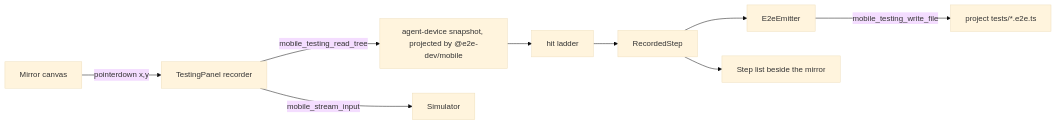
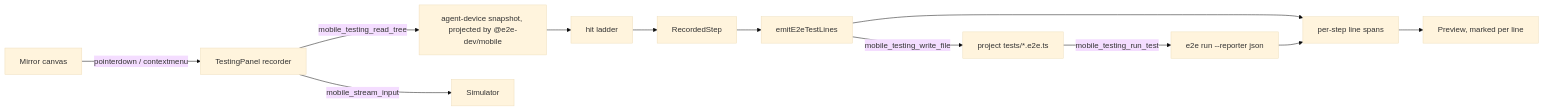
One commit to callstackincubator/codex-mobile-dev-plugin changed the first of 3 diagrams in docs/testing-panel.md. Above: the diagram before and after it, drawn with Mermaid (base theme). The commit also changed other lines of this file and 17 other files, not shown here.

Commit message:
feat: improve UI and add test run

````diff
--- a/docs/testing-panel.md
+++ b/docs/testing-panel.md
@@ -48,11 +48,14 @@
 ```mermaid
 flowchart LR
-  Canvas[Mirror canvas] -->|pointerdown x,y| Rec[TestingPanel recorder]
+  Canvas[Mirror canvas] -->|pointerdown / contextmenu| Rec[TestingPanel recorder]
   Rec -->|mobile_testing_read_tree| Tree[agent-device snapshot, projected by @e2e-dev/mobile]
   Tree --> Hit[hit ladder]
   Hit --> Step[RecordedStep]
   Rec -->|mobile_stream_input| Device[Simulator]
-  Step --> Emit[E2eEmitter]
+  Step --> Emit[emitE2eTestLines]
   Emit -->|mobile_testing_write_file| File[project tests/*.e2e.ts]
-  Step --> View[Step list beside the mirror]
+  Emit --> Spans[per-step line spans]
+  File -->|mobile_testing_run_test| Run[e2e run --reporter json]
+  Run --> Spans
+  Spans --> View[Preview, marked per line]
 ```
````
